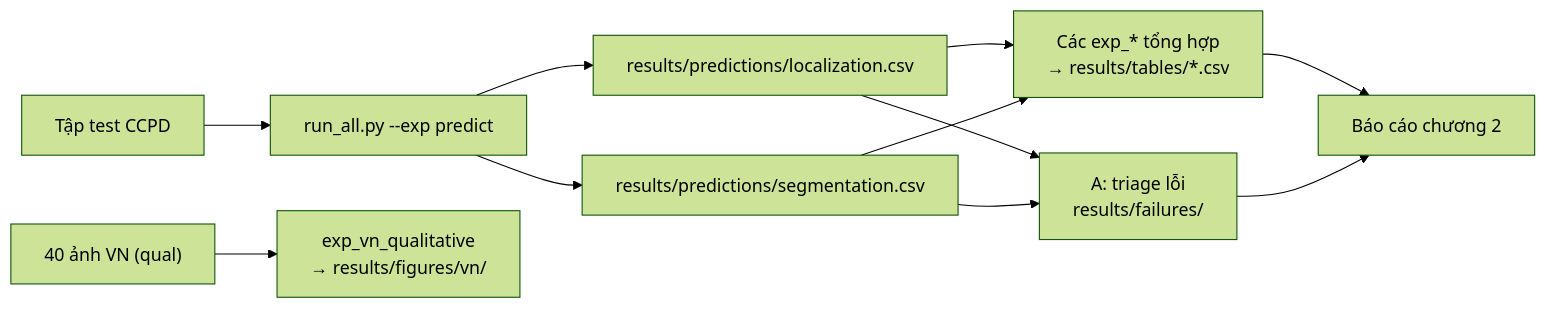
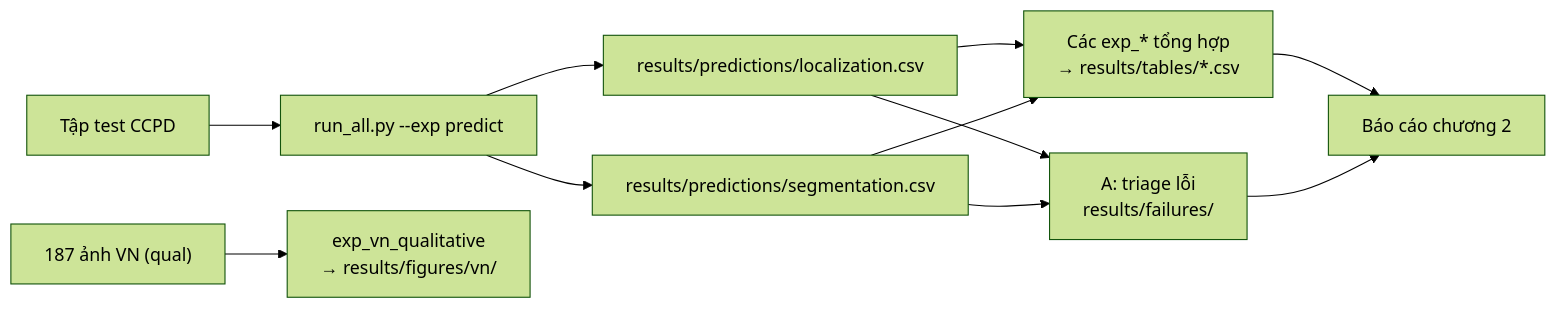
One commit to Lunarnguyen2809/lpr-classic changed the third of 5 diagrams in SPEC.md. Above: the diagram before and after it, drawn with Mermaid (forest theme). The commit also changed other lines of this file and 15 other files, not shown here.

````diff
--- a/SPEC.md
+++ b/SPEC.md
@@ -88,13 +88,13 @@
 ```mermaid
 flowchart LR
     T["Tập test CCPD"] --> R["run_all.py --exp predict"]
     R --> P1["results/predictions/localization.csv"]
     R --> P2["results/predictions/segmentation.csv"]
     P1 --> TB["Các exp_* tổng hợp<br/>→ results/tables/*.csv"]
     P2 --> TB
     P1 --> TR["A: triage lỗi<br/>results/failures/"]
     P2 --> TR
     TB --> REP["Báo cáo chương 2"]
     TR --> REP
-    Q["40 ảnh VN (qual)"] --> E8["exp_vn_qualitative<br/>→ results/figures/vn/"]
+    Q["187 ảnh VN (qual)"] --> E8["exp_vn_qualitative<br/>→ results/figures/vn/"]
 ```
````
